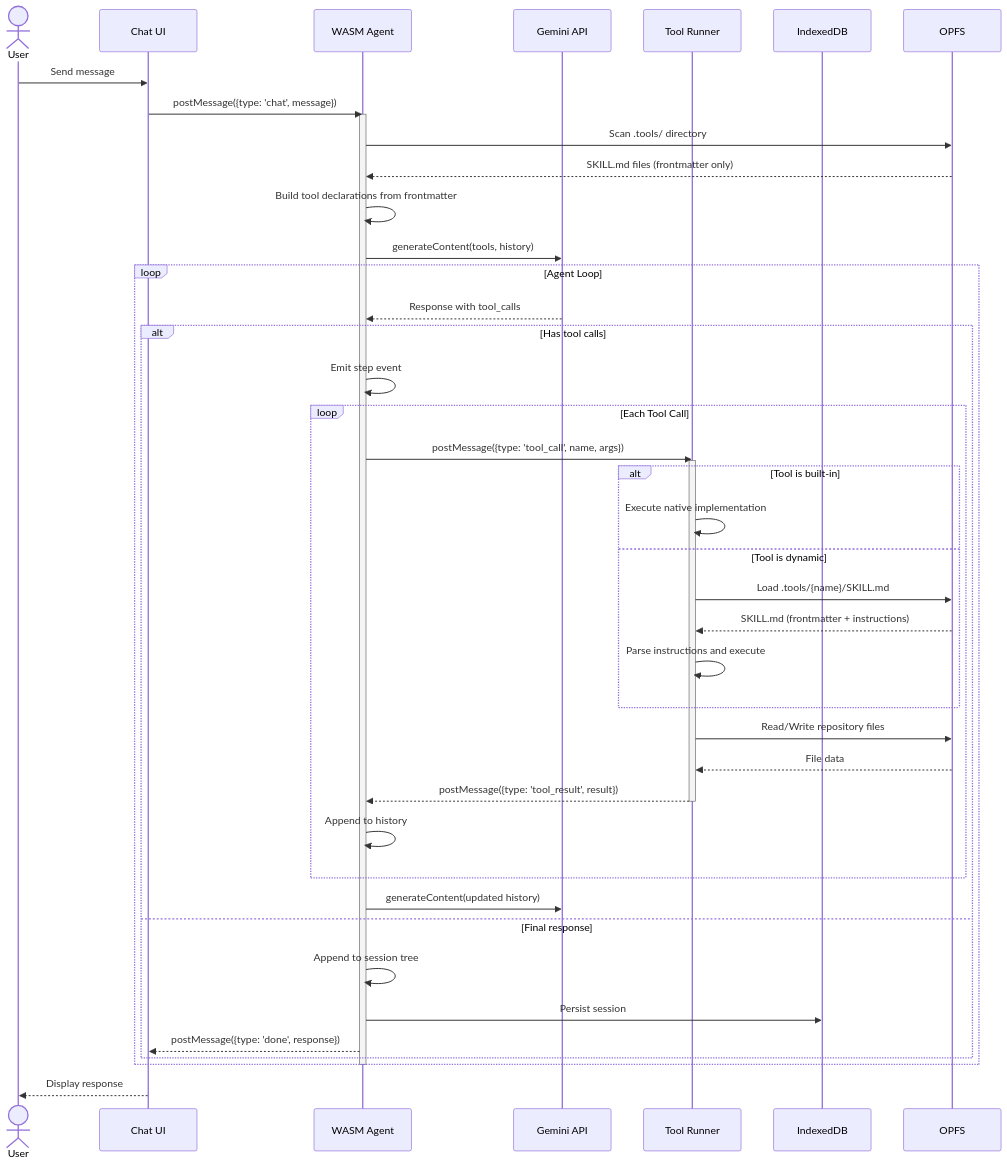
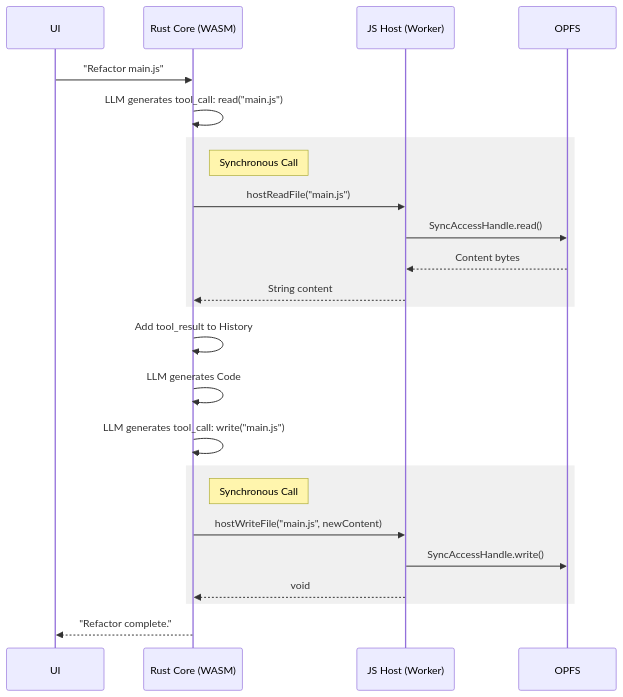
Before and after one commit to weolopez/aardvark: the second of 3 diagrams in ARCHITECTURE.md, drawn with Mermaid. The commit also changed other lines of this file and 1 other file, not shown here.

Commit message:
Update ARCHITECTURE and Phase 4 plan for Zero-Lib Rust/WASM approach

````diff
--- a/ARCHITECTURE.md
+++ b/ARCHITECTURE.md
@@ -465,59 +183,31 @@
 ```mermaid
 sequenceDiagram
-    actor User
-    participant UI as Chat UI
-    participant Agent as WASM Agent
-    participant LLM as Gemini API
-    participant TR as Tool Runner
-    participant DB as IndexedDB
-    participant OPFS as OPFS
+    participant UI
+    participant Rust as Rust Core (WASM)
+    participant JS as JS Host (Worker)
+    participant OPFS
+
+    UI->>Rust: "Refactor main.js"
+    Rust->>Rust: LLM generates tool_call: read("main.js")
     
-    User->>UI: Send message
-    
-    UI->>Agent: postMessage({type: 'chat', message})
-    activate Agent
-    
-    Agent->>OPFS: Scan .tools/ directory
-    OPFS-->>Agent: SKILL.md files (frontmatter only)
-    
-    Agent->>Agent: Build tool declarations from frontmatter
-    Agent->>LLM: generateContent(tools, history)
-    
-    loop Agent Loop
-        LLM-->>Agent: Response with tool_calls
-        
-        alt Has tool calls
-            Agent->>Agent: Emit step event
-            
-            loop Each Tool Call
-                Agent->>TR: postMessage({type: 'tool_call', name, args})
-                activate TR
-                
-                alt Tool is built-in
-                    TR->>TR: Execute native implementation
-                else Tool is dynamic
-                    TR->>OPFS: Load .tools/{name}/SKILL.md
-                    OPFS-->>TR: SKILL.md (frontmatter + instructions)
-                    TR->>TR: Parse instructions and execute
-                end
-                
-                TR->>OPFS: Read/Write repository files
-                OPFS-->>TR: File data
-                
-                TR-->>Agent: postMessage({type: 'tool_result', result})
-                deactivate TR
-                
-                Agent->>Agent: Append to history
-            end
-            
-            Agent->>LLM: generateContent(updated history)
-        else Final response
-            Agent->>Agent: Append to session tree
-            Agent->>DB: Persist session
-            Agent-->>UI: postMessage({type: 'done', response})
-        end
+    rect rgb(240, 240, 240)
+    note right of Rust: Synchronous Call
+    Rust->>JS: hostReadFile("main.js")
+    JS->>OPFS: SyncAccessHandle.read()
+    OPFS-->>JS: Content bytes
+    JS-->>Rust: String content
     end
-    deactivate Agent
-    
-    UI-->>User: Display response
+
+    Rust->>Rust: Add tool_result to History
+    Rust->>Rust: LLM generates Code
+    Rust->>Rust: LLM generates tool_call: write("main.js")
+
+    rect rgb(240, 240, 240)
+    note right of Rust: Synchronous Call
+    Rust->>JS: hostWriteFile("main.js", newContent)
+    JS->>OPFS: SyncAccessHandle.write()
+    JS-->>Rust: void
+    end
+
+    Rust-->>UI: "Refactor complete."
 ```
````
